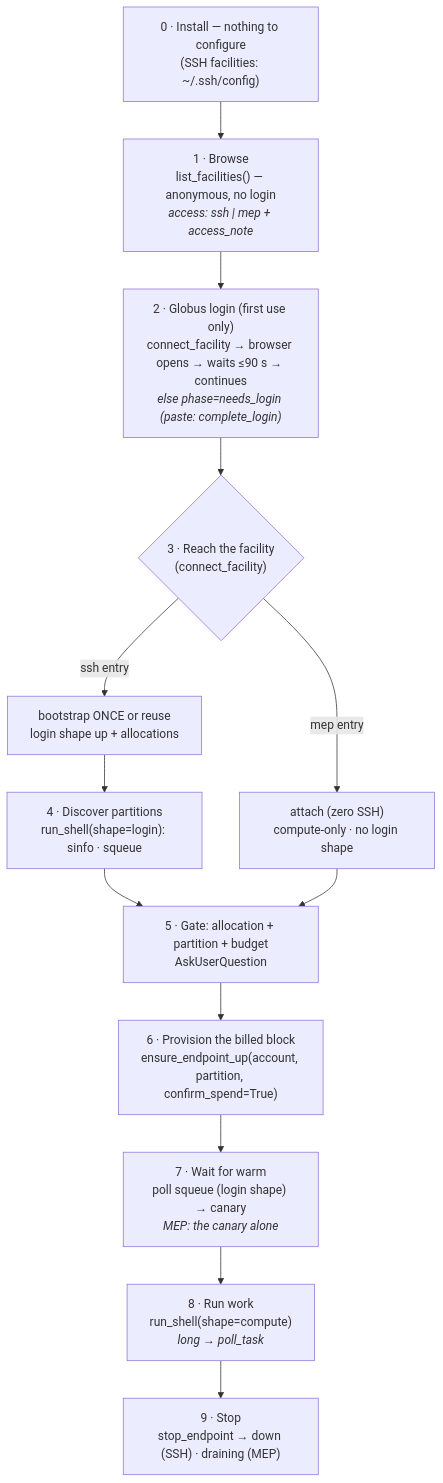
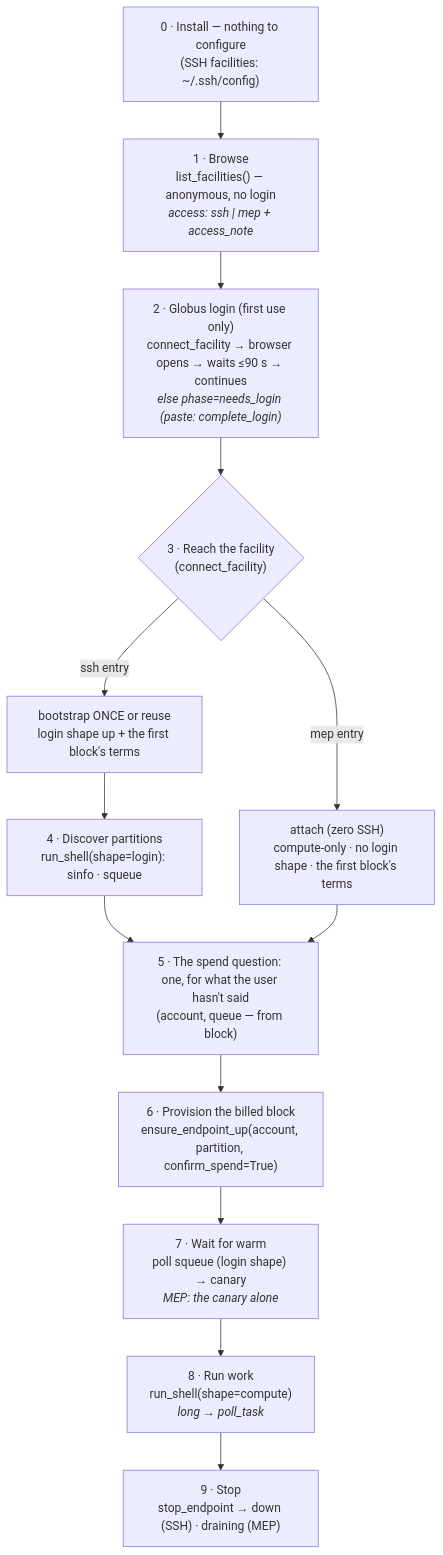
One commit to globus-labs/hpc-bridge changed the diagram in docs/hpc-bridge-vault/Happy path.md. Above: the diagram before and after it, drawn with Mermaid. The commit also changed other lines of this file and 46 other files, not shown here.

First line of the commit message:
feat: the spend question names the block — queue, account, where each came from; one question, and the yes confirms (#193)

````diff
--- a/docs/hpc-bridge-vault/Happy path.md
+++ b/docs/hpc-bridge-vault/Happy path.md
@@ -8,15 +8,15 @@
 ```mermaid
 flowchart TD
   C["0 · Install — nothing to configure<br/>(SSH facilities: ~/.ssh/config)"] --> L["1 · Browse<br/>list_facilities() — anonymous, no login<br/><i>access: ssh | mep + access_note</i>"]
   L --> A["2 · Globus login (first use only)<br/>connect_facility → browser opens → waits ≤90 s → continues<br/><i>else phase=needs_login (paste: complete_login)</i>"]
   A --> S{"3 · Reach the facility<br/>(connect_facility)"}
-  S -- "ssh entry" --> B["bootstrap ONCE or reuse<br/>login shape up + allocations"]
-  S -- "mep entry" --> M["attach (zero SSH)<br/>compute-only · no login shape"]
+  S -- "ssh entry" --> B["bootstrap ONCE or reuse<br/>login shape up + the first block's terms"]
+  S -- "mep entry" --> M["attach (zero SSH)<br/>compute-only · no login shape · the first block's terms"]
   B --> D["4 · Discover partitions<br/>run_shell(shape=login): sinfo · squeue"]
-  D --> G["5 · Gate: allocation + partition + budget<br/>AskUserQuestion"]
+  D --> G["5 · The spend question: one, for what the user hasn't said<br/>(account, queue — from block)"]
   M --> G
   G --> P["6 · Provision the billed block<br/>ensure_endpoint_up(account, partition, confirm_spend=True)"]
   P --> W["7 · Wait for warm<br/>poll squeue (login shape) → canary<br/><i>MEP: the canary alone</i>"]
   W --> R["8 · Run work<br/>run_shell(shape=compute)<br/><i>long → poll_task</i>"]
   R --> T["9 · Stop<br/>stop_endpoint → down (SSH) · draining (MEP)"]
 ```
````
